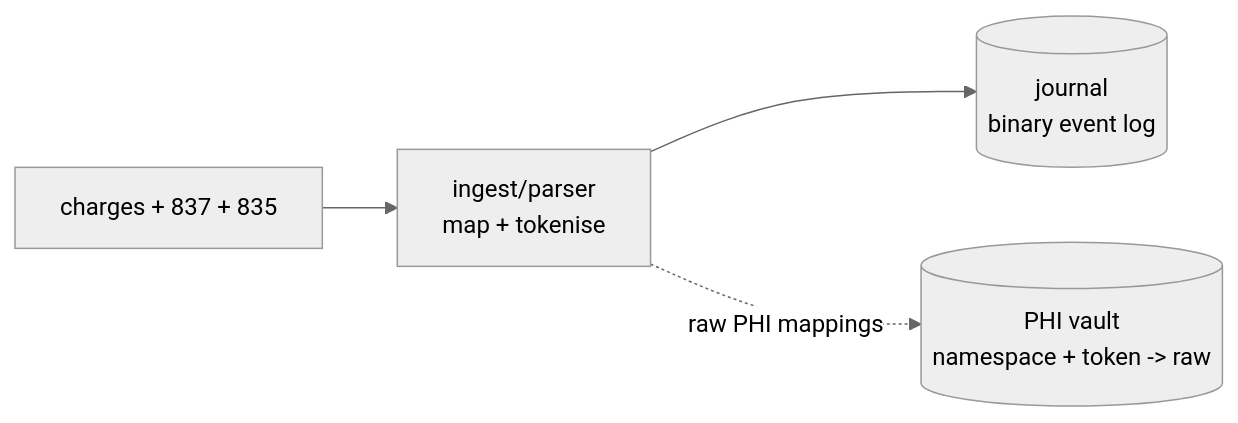
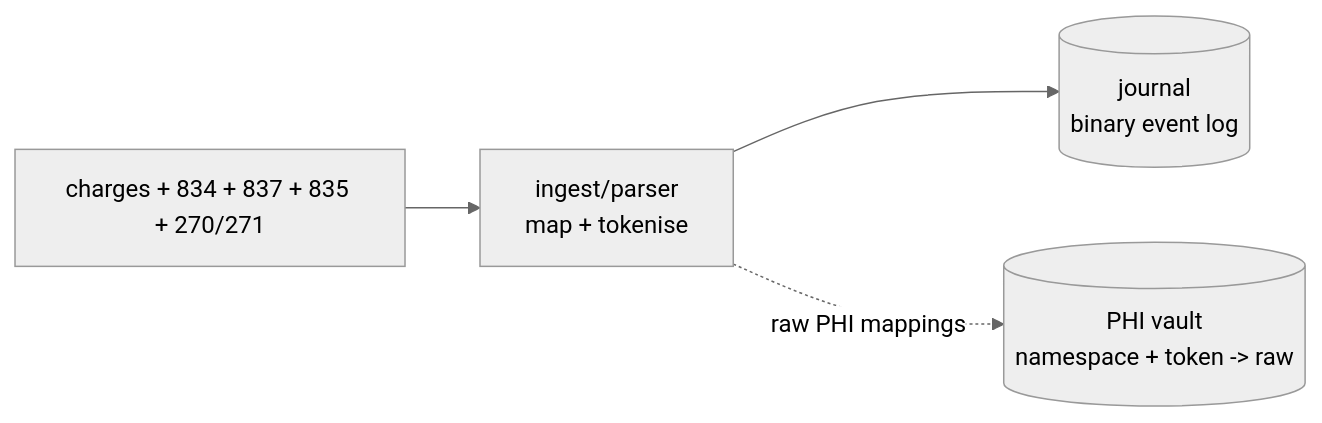
The first of 3 diagrams in theory.md (AlexJReid/scribe), drawn with Mermaid (neutral theme) before and after one commit. The commit also changed other lines of this file and 25 other files, not shown here.

````diff
--- a/theory.md
+++ b/theory.md
@@ -56,11 +80,11 @@
 ```mermaid
 flowchart LR
-    input["charges + 837 + 835"]
+    input["charges + 834 + 837 + 835 + 270/271"]
     ingest["ingest/parser<br/>map + tokenise"]
     journal[("journal<br/>binary event log")]
     vault[("PHI vault<br/>namespace + token -> raw")]
 
     input --> ingest
     ingest --> journal
     ingest -. raw PHI mappings .-> vault
 ```
````
